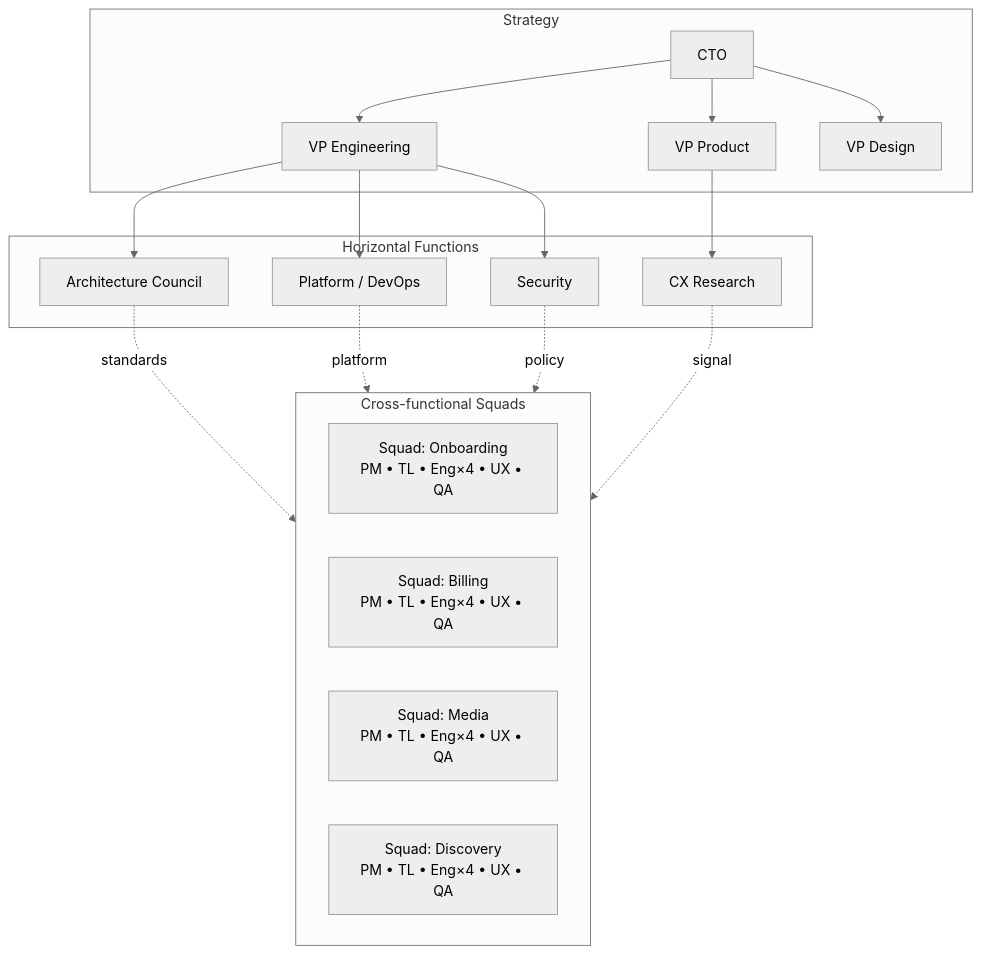
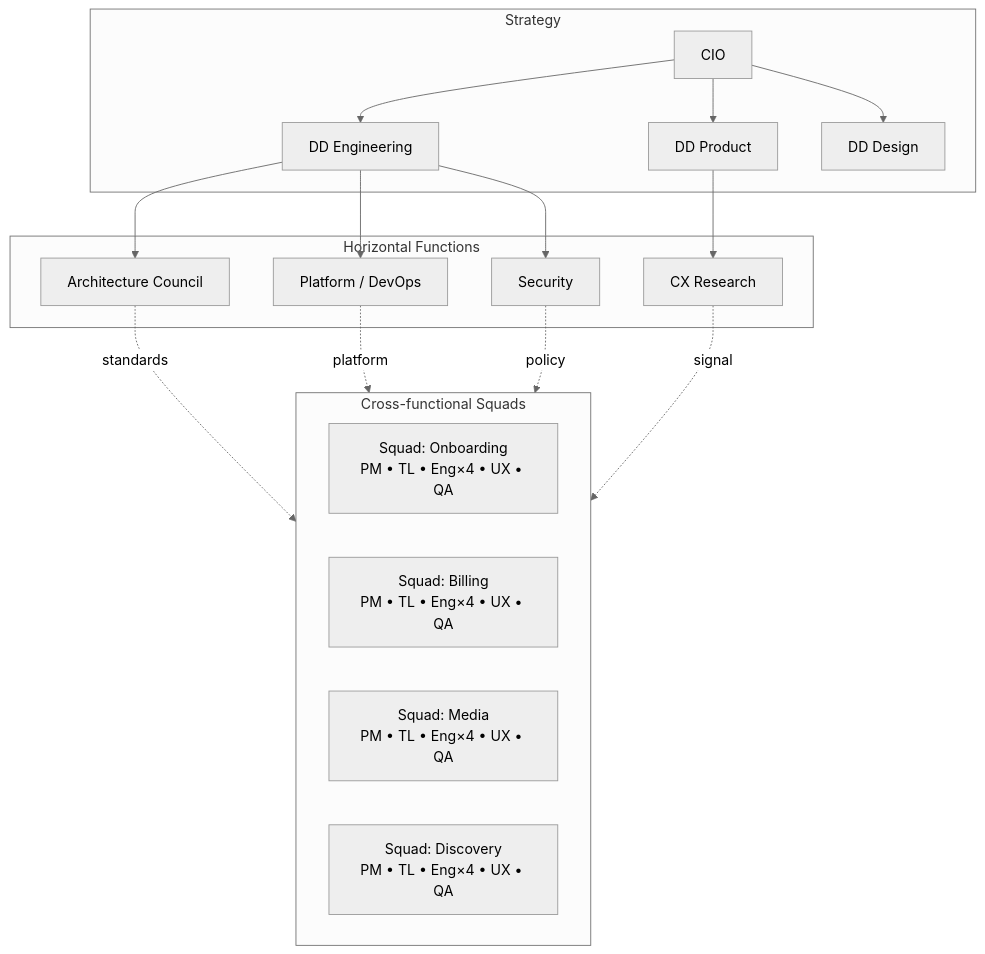
Before and after one commit to emarin-git/docs: the diagram in organization/squads.md, drawn with Mermaid (neutral theme).

Commit message:
modified:   organization/squads.md Org diagram changed,

````diff
--- a/organization/squads.md
+++ b/organization/squads.md
@@ -54,36 +54,36 @@
 ```mermaid
 flowchart TB
     subgraph Strategy
-        CTO[CTO]
-        VPP[VP Product]
-        VPE[VP Engineering]
-        VPD[VP Design]
+        CIO[CIO]
+        DDP[DD Product]
+        DDE[DD Engineering]
+        DDD[DD Design]
     end
 
     subgraph Horizontals[Horizontal Functions]
         Arch[Architecture Council]
         Plat[Platform / DevOps]
         Sec[Security]
         Res[CX Research]
     end
 
     subgraph Squads[Cross-functional Squads]
         S1[Squad: Onboarding<br/>PM • TL • Eng×4 • UX • QA]
         S2[Squad: Billing<br/>PM • TL • Eng×4 • UX • QA]
         S3[Squad: Media<br/>PM • TL • Eng×4 • UX • QA]
         S4[Squad: Discovery<br/>PM • TL • Eng×4 • UX • QA]
     end
 
-    CTO --> VPE
-    CTO --> VPP
-    CTO --> VPD
-    VPE --> Plat
-    VPE --> Sec
-    VPE --> Arch
-    VPP --> Res
+    CIO --> DDE
+    CIO --> DDP
+    CIO --> DDD
+    DDE --> Plat
+    DDE --> Sec
+    DDE --> Arch
+    DDP --> Res
 
     Arch -.standards.-> Squads
     Plat -.platform.-> Squads
     Sec -.policy.-> Squads
     Res -.signal.-> Squads
 ```
````
